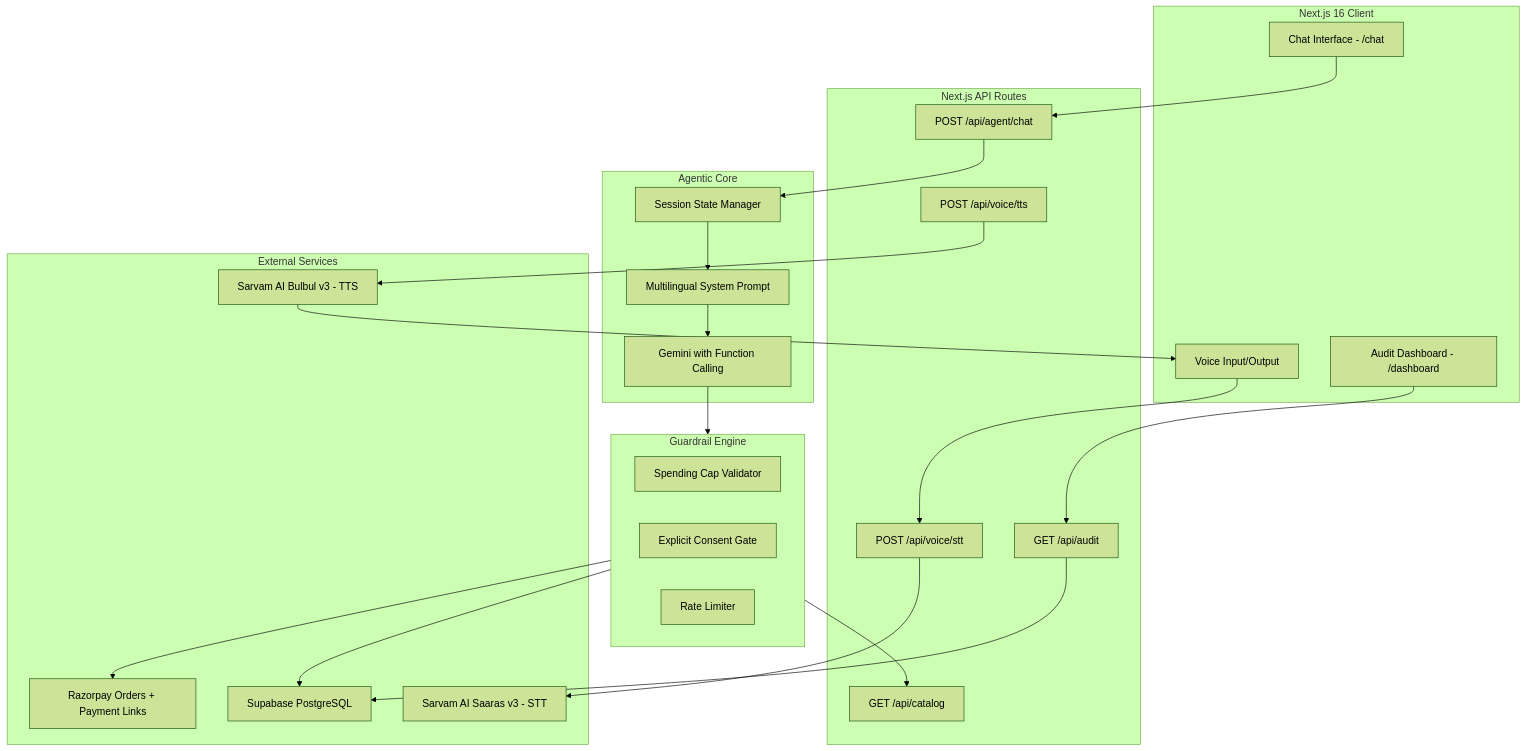
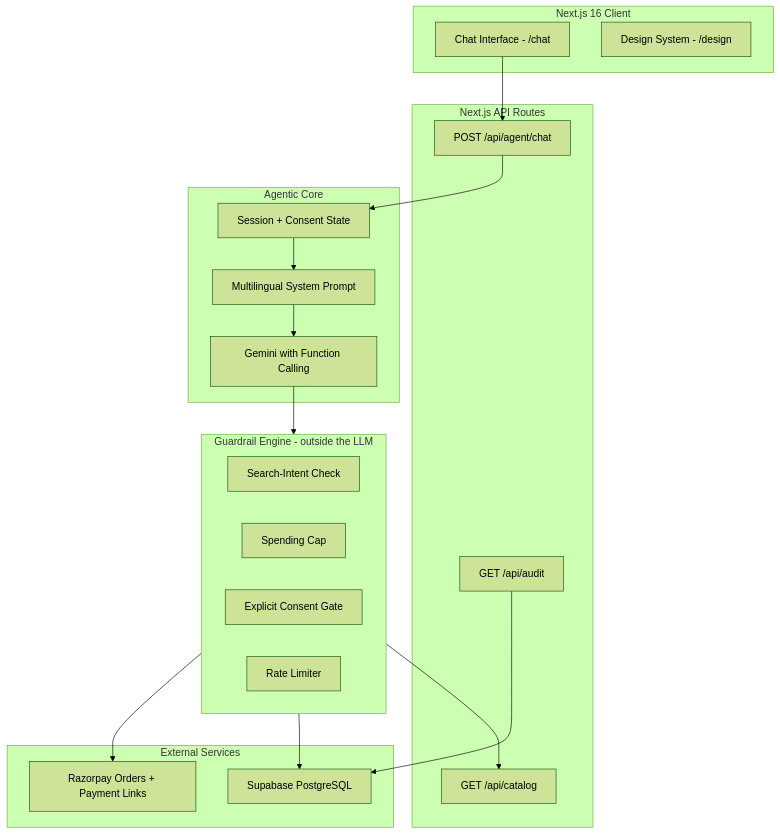
Before and after one commit to rajdeepchatale/agentpay-india: the diagram in README.md, drawn with Mermaid (forest theme). The commit also changed other lines of this file and 2 other files, not shown here.

````diff
--- a/README.md
+++ b/README.md
@@ -120,47 +153,38 @@
 ```mermaid
 flowchart TB
     subgraph Client["Next.js 16 Client"]
         UI["Chat Interface - /chat"]
-        Voice["Voice Input/Output"]
-        Dash["Audit Dashboard - /dashboard"]
+        Spec["Design System - /design"]
     end
 
     subgraph API["Next.js API Routes"]
         ChatRoute["POST /api/agent/chat"]
-        STTRoute["POST /api/voice/stt"]
-        TTSRoute["POST /api/voice/tts"]
         CatalogRoute["GET /api/catalog"]
         AuditRoute["GET /api/audit"]
     end
 
     subgraph Core["Agentic Core"]
         LLM["Gemini with Function Calling"]
         Prompt["Multilingual System Prompt"]
-        State["Session State Manager"]
+        State["Session + Consent State"]
     end
 
-    subgraph Guard["Guardrail Engine"]
-        SpendCap["Spending Cap Validator"]
+    subgraph Guard["Guardrail Engine - outside the LLM"]
+        Intent["Search-Intent Check"]
+        SpendCap["Spending Cap"]
         Consent["Explicit Consent Gate"]
         RateLimit["Rate Limiter"]
     end
 
     subgraph Ext["External Services"]
-        SarvamSTT["Sarvam AI Saaras v3 - STT"]
-        SarvamTTS["Sarvam AI Bulbul v3 - TTS"]
         Razorpay["Razorpay Orders + Payment Links"]
         Supabase["Supabase PostgreSQL"]
     end
 
-    Voice --> STTRoute --> SarvamSTT
-    TTSRoute --> SarvamTTS --> Voice
-    UI --> ChatRoute
-    Dash --> AuditRoute
-
-    ChatRoute --> State --> Prompt --> LLM
+    UI --> ChatRoute --> State --> Prompt --> LLM
     LLM --> Guard
     Guard --> CatalogRoute
     Guard --> Razorpay
     Guard --> Supabase
     AuditRoute --> Supabase
 ```
````
